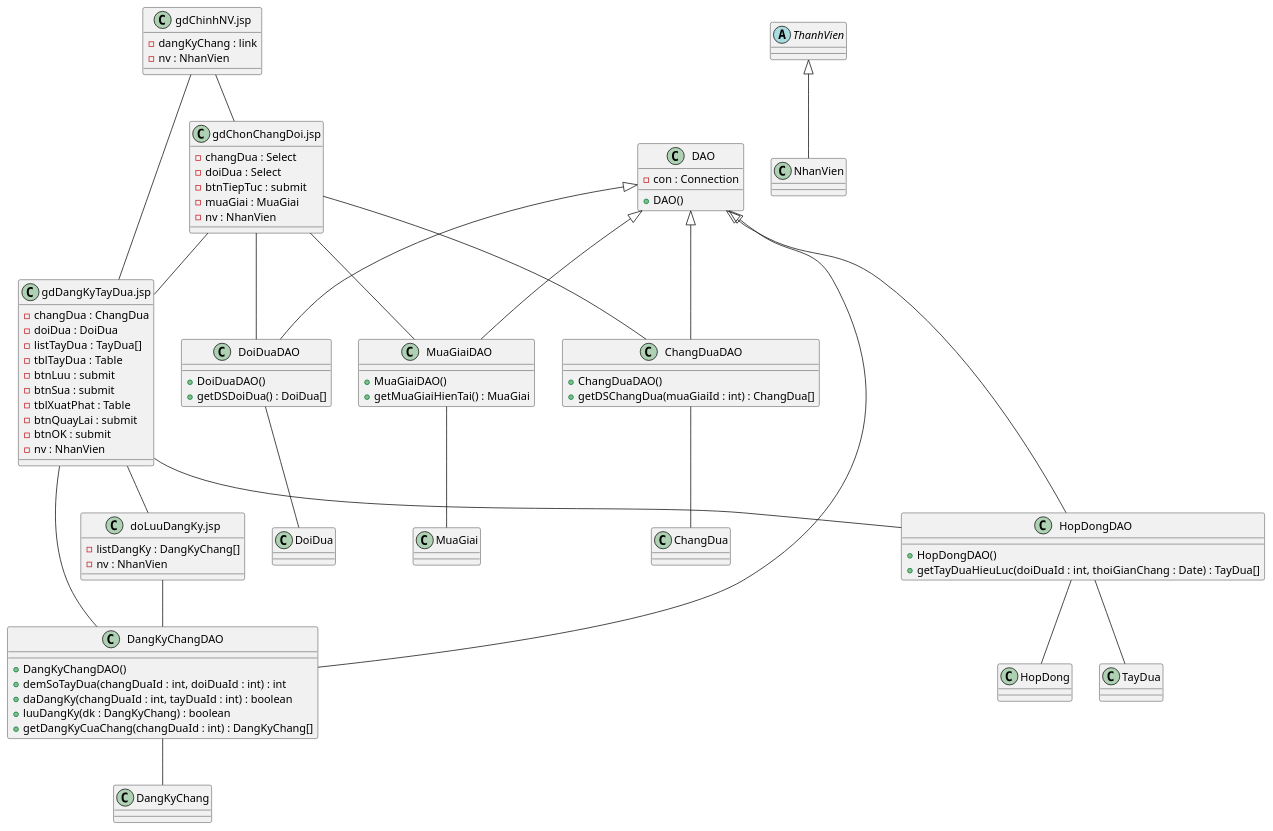
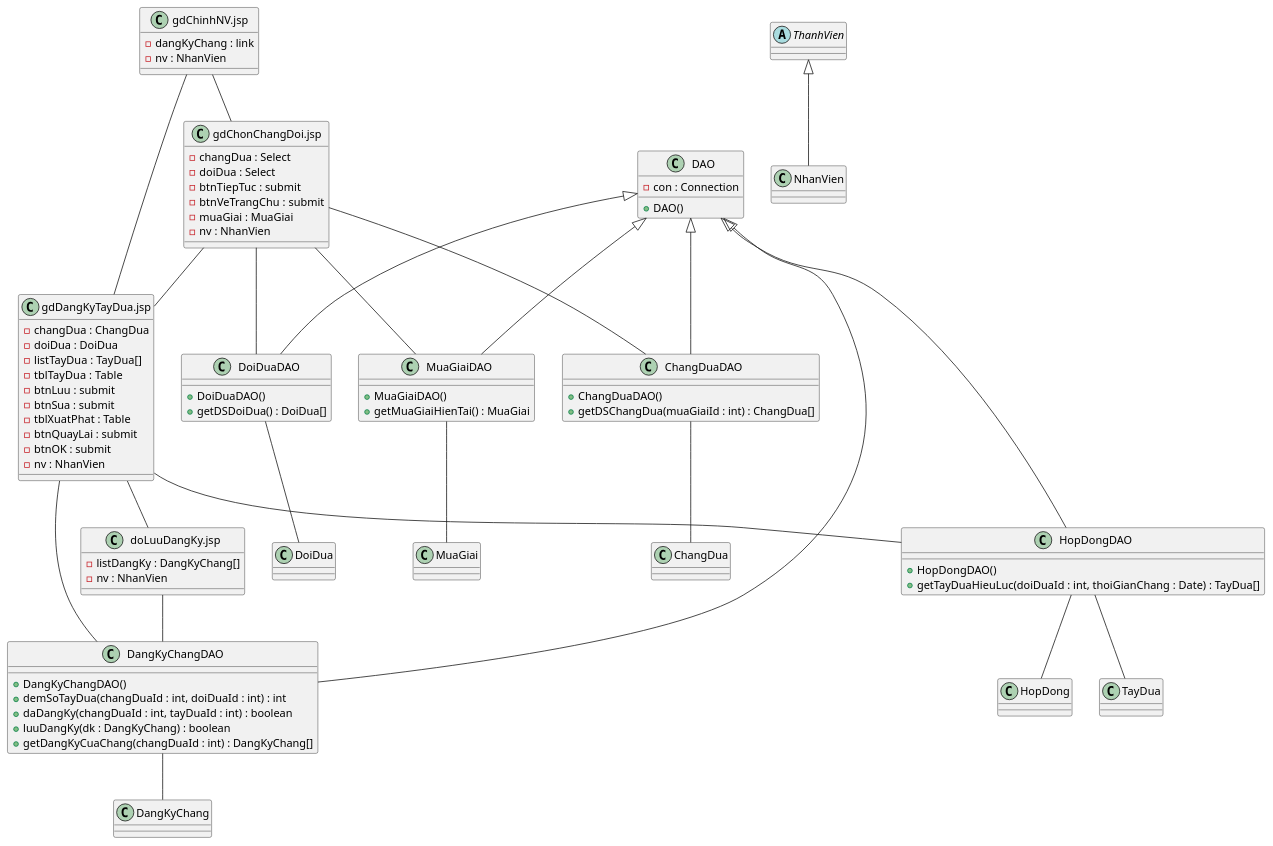
Before and after one commit to 7gho/CNPM-He2026: the fourth of 6 diagrams in Module 2 - Kin/noi-dung.md, drawn with PlantUML. The commit also changed other lines of this file and 15 other files, not shown here.

```diff
--- a/Module 2 - Kin/noi-dung.md
+++ b/Module 2 - Kin/noi-dung.md
@@ -369,6 +371,7 @@
   -changDua : Select
   -doiDua : Select
   -btnTiepTuc : submit
+  -btnVeTrangChu : submit
   -muaGiai : MuaGiai
   -nv : NhanVien
 }
```
